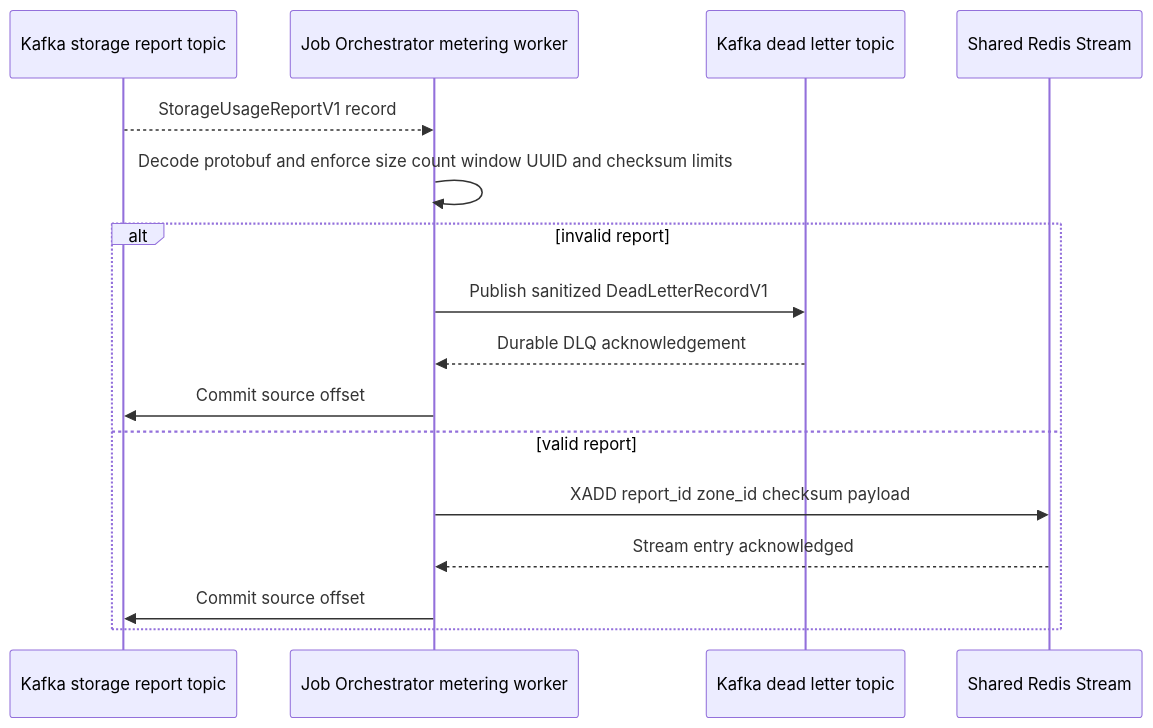
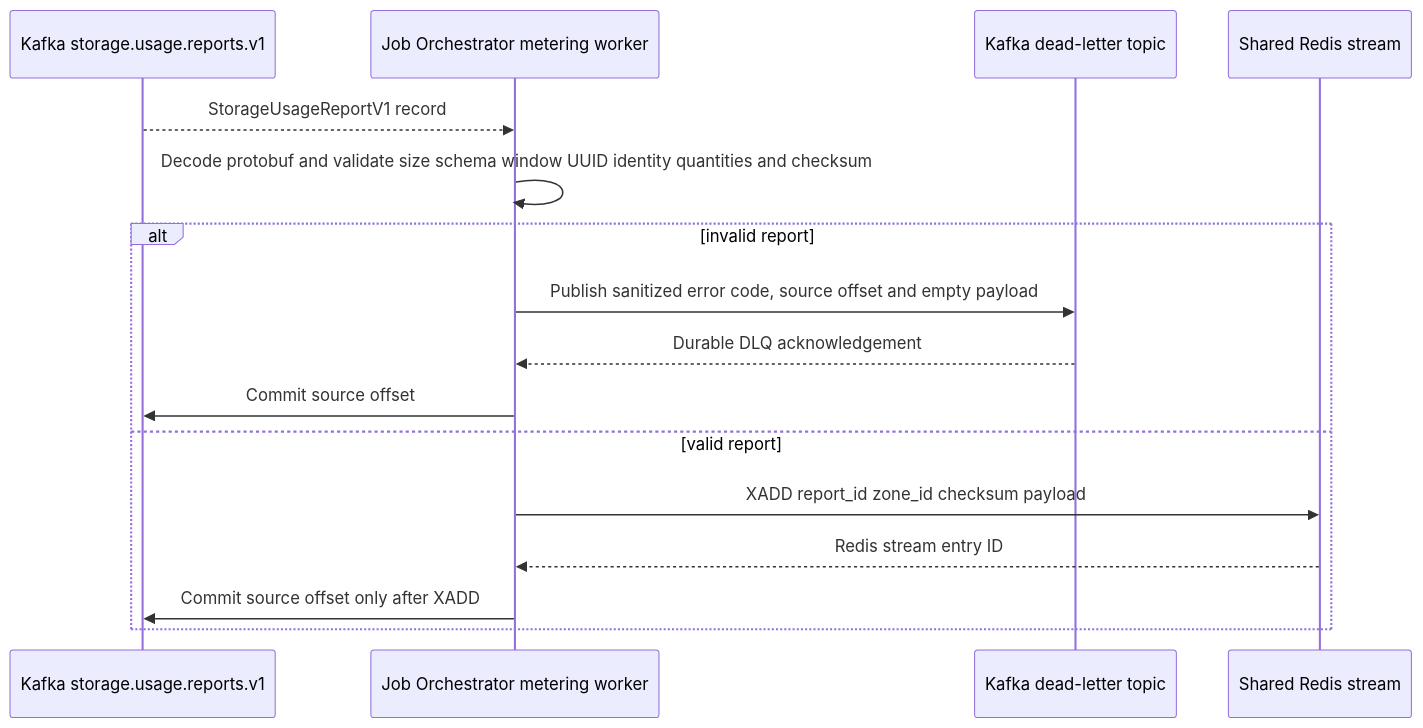
One commit to phucle996/aurora changed the first of 3 diagrams in god_view/billing/billing_storage_usage_settlement_god_view_workflow.md. Above: the diagram before and after it, drawn with Mermaid. The commit also changed other lines of this file and 59 other files, not shown here.

````diff
--- a/god_view/billing/billing_storage_usage_settlement_god_view_workflow.md
+++ b/god_view/billing/billing_storage_usage_settlement_god_view_workflow.md
@@ -37,19 +35,19 @@
 ```mermaid
 sequenceDiagram
-    participant K as Kafka storage report topic
+    participant K as Kafka storage.usage.reports.v1
     participant J as Job Orchestrator metering worker
-    participant D as Kafka dead letter topic
-    participant R as Shared Redis Stream
+    participant D as Kafka dead-letter topic
+    participant R as Shared Redis stream
 
     K-->>J: StorageUsageReportV1 record
-    J->>J: Decode protobuf and enforce size count window UUID and checksum limits
+    J->>J: Decode protobuf and validate size schema window UUID identity quantities and checksum
     alt invalid report
-        J->>D: Publish sanitized DeadLetterRecordV1
+        J->>D: Publish sanitized error code, source offset and empty payload
         D-->>J: Durable DLQ acknowledgement
         J->>K: Commit source offset
     else valid report
         J->>R: XADD report_id zone_id checksum payload
-        R-->>J: Stream entry acknowledged
-        J->>K: Commit source offset
+        R-->>J: Redis stream entry ID
+        J->>K: Commit source offset only after XADD
     end
 ```
````
